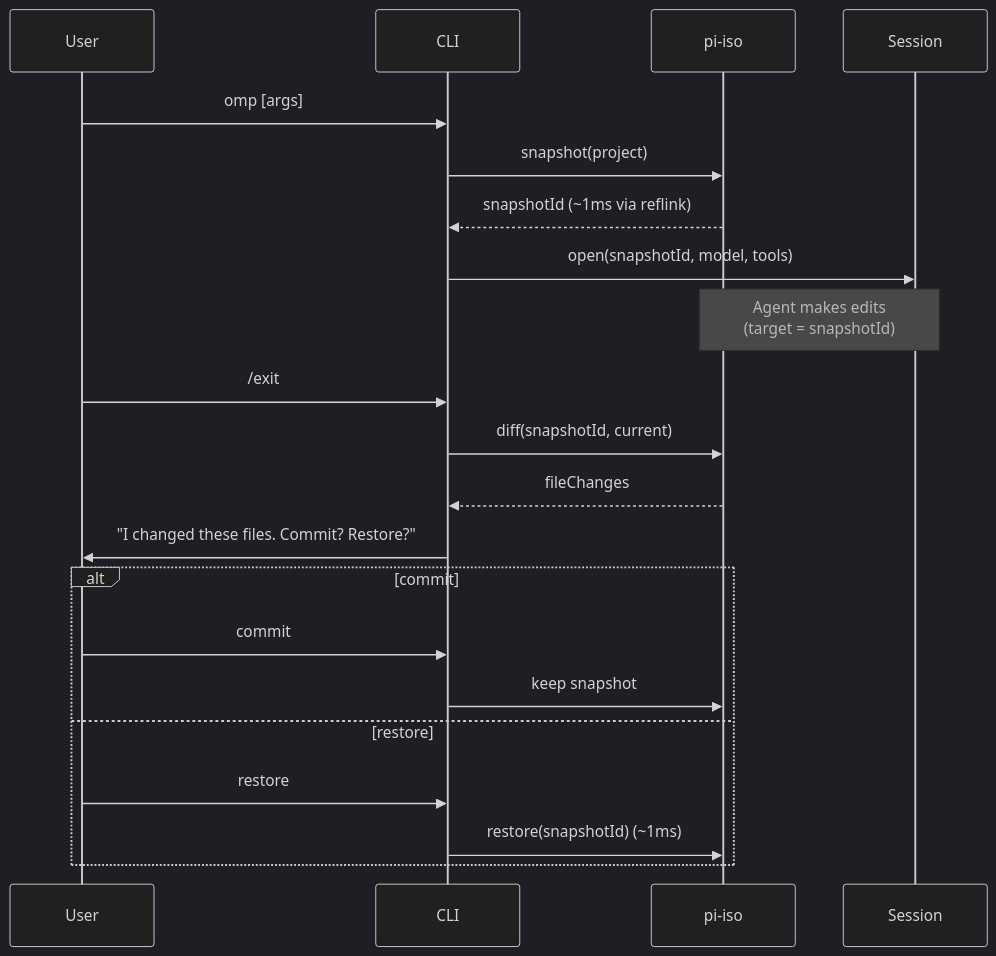
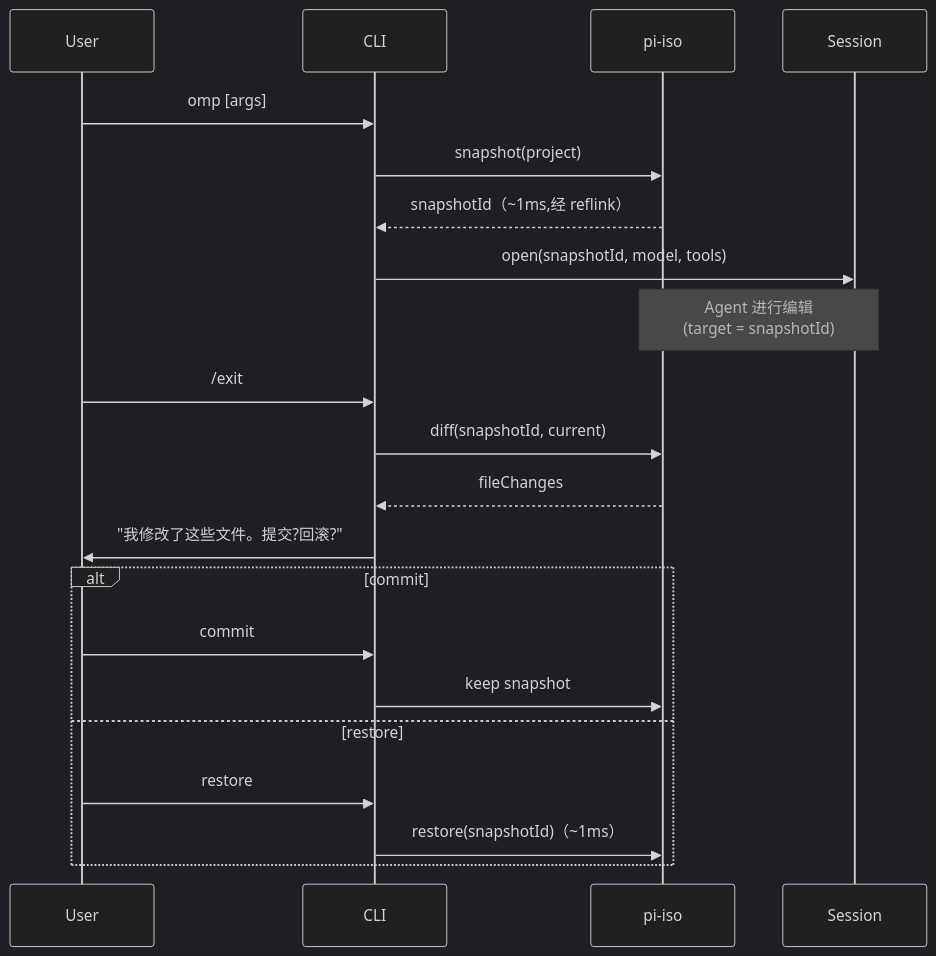
One commit to YeLuo45/oh-my-pi-design changed the second of 2 diagrams in docs-site/docs/01-rust-core.md. Above: the diagram before and after it, drawn with Mermaid (dark theme). The commit also changed other lines of this file and 37 other files, not shown here.

````diff
--- a/docs-site/docs/01-rust-core.md
+++ b/docs-site/docs/01-rust-core.md
@@ -287,24 +287,24 @@
 ```mermaid
 sequenceDiagram
     participant U as User
     participant CLI
     participant Iso as pi-iso
     participant Session
 
     U->>CLI: omp [args]
     CLI->>Iso: snapshot(project)
-    Iso-->>CLI: snapshotId (~1ms via reflink)
+    Iso-->>CLI: snapshotId（~1ms,经 reflink）
     CLI->>Session: open(snapshotId, model, tools)
-    Note over Session, Iso: Agent makes edits<br/>(target = snapshotId)
+    Note over Session, Iso: Agent 进行编辑<br/>(target = snapshotId)
     U->>CLI: /exit
     CLI->>Iso: diff(snapshotId, current)
     Iso-->>CLI: fileChanges
-    CLI->>U: "I changed these files. Commit? Restore?"
+    CLI->>U: "我修改了这些文件。提交?回滚?"
     alt commit
         U->>CLI: commit
         CLI->>Iso: keep snapshot
     else restore
         U->>CLI: restore
-        CLI->>Iso: restore(snapshotId) (~1ms)
+        CLI->>Iso: restore(snapshotId)（~1ms）
     end
 ```
````
